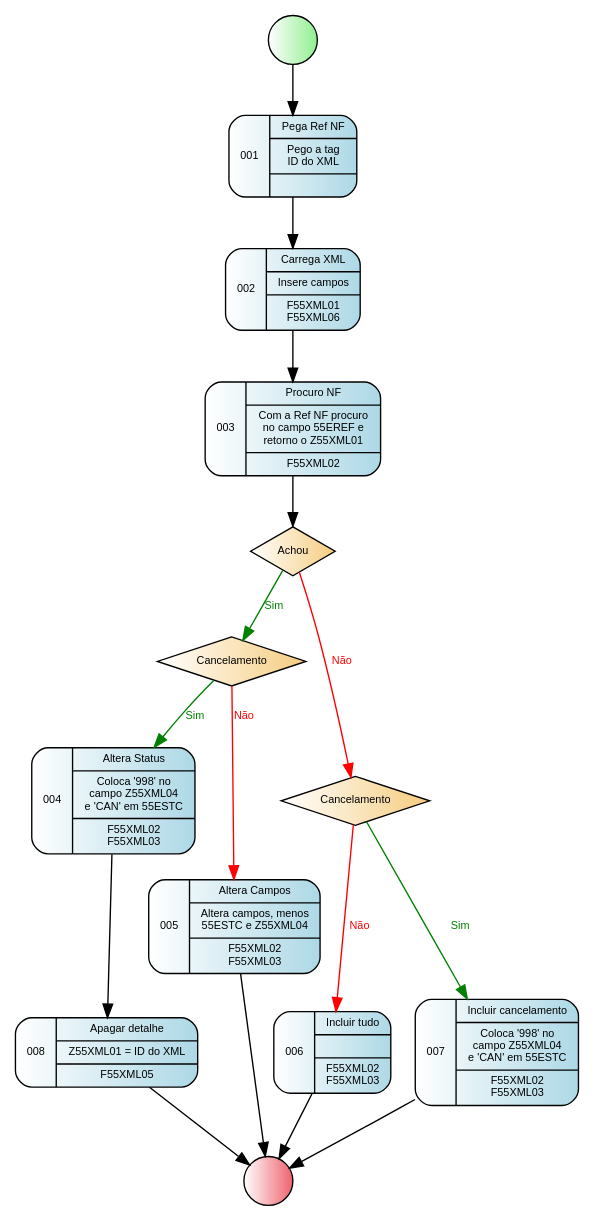
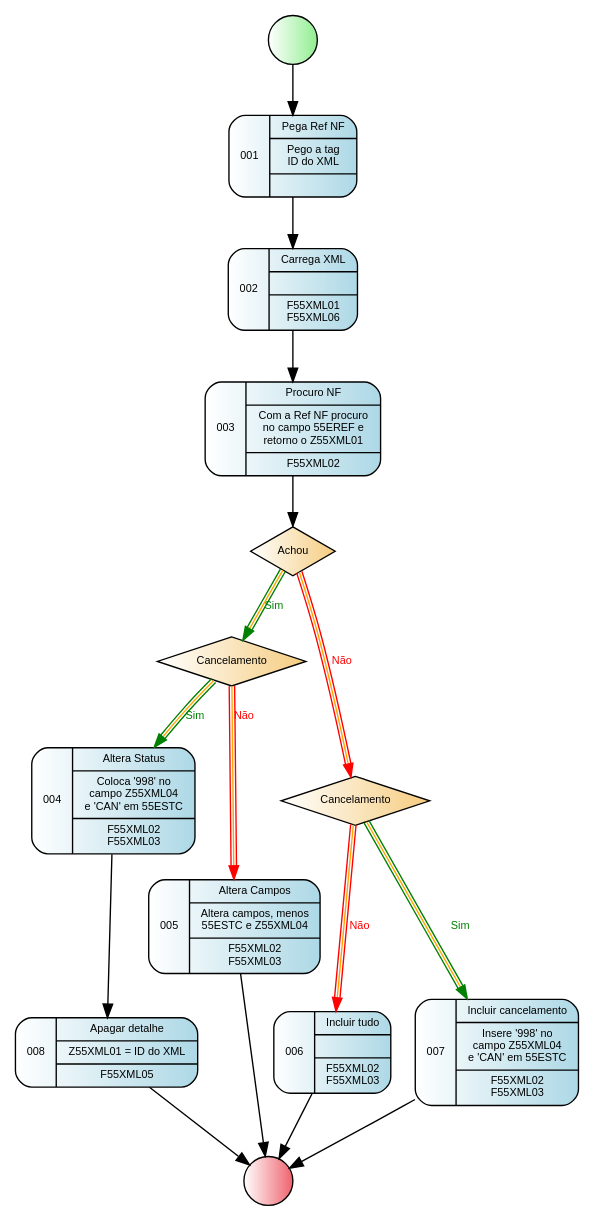
The diagram in XML Process.gv (GiovaniPM/Graphs), drawn with Graphviz before and after one commit.

Commit message:
giova(DESKTOP-PG18CKU) 200229090052

```diff
--- a/XML Process.gv
+++ b/XML Process.gv
@@ -1,117 +1,117 @@
 digraph R {
     nodeini [
                 shape=circle,
                 style="filled",
                 fillcolor="white:lightgreen",
                 label=""
             ]
     node001 [
                 fontname = "Arial",
                 fontsize = 8,
                 shape=record,
                 style="rounded,filled",
                 fillcolor="white:lightblue"
                 label="001|{Pega Ref NF|Pego a tag\n ID do XML|}"
             ]
     node002 [
                 fontname = "Arial",
                 fontsize = 8,
                 shape=record,
                 style="rounded,filled",
                 fillcolor="white:lightblue"
-                label="002|{Carrega XML|Insere campos|F55XML01\nF55XML06}"
+                label="002|{Carrega XML||F55XML01\nF55XML06}"
             ]
     node003 [
                 fontname = "Arial",
                 fontsize = 8,
                 shape=record,
                 style="rounded,filled",
                 fillcolor="white:lightblue"
                 label="003|{Procuro NF|Com a Ref NF procuro\nno campo 55EREF e\nretorno o Z55XML01|F55XML02}"
             ]
     node004 [
                 fontname = "Arial",
                 fontsize = 8,
                 shape=record,
                 style="rounded,filled",
                 fillcolor="white:lightblue"
                 label="004|{Altera Status|Coloca '998' no\ncampo Z55XML04\ne 'CAN' em 55ESTC|F55XML02\nF55XML03}"
             ]
     node005 [
                 fontname = "Arial",
                 fontsize = 8,
                 shape=record,
                 style="rounded,filled",
                 fillcolor="white:lightblue"
                 label="005|{Altera Campos|Altera campos, menos\n55ESTC e Z55XML04|F55XML02\nF55XML03}"
             ]
     node006 [
                 fontname = "Arial",
                 fontsize = 8,
                 shape=record,
                 style="rounded,filled",
                 fillcolor="white:lightblue"
                 label="006|{Incluir tudo||F55XML02\nF55XML03}"
             ]
     node007 [
                 fontname = "Arial",
                 fontsize = 8,
                 shape=record,
                 style="rounded,filled",
                 fillcolor="white:lightblue"
-                label="007|{Incluir cancelamento|Coloca '998' no\ncampo Z55XML04\ne 'CAN' em 55ESTC|F55XML02\nF55XML03}"
+                label="007|{Incluir cancelamento|Insere '998' no\ncampo Z55XML04\ne 'CAN' em 55ESTC|F55XML02\nF55XML03}"
             ]
     node008 [
                 fontname = "Arial",
                 fontsize = 8,
                 shape=record,
                 style="rounded,filled",
                 fillcolor="white:lightblue"
                 label="008|{Apagar detalhe|Z55XML01 = ID do XML|F55XML05}"
             ]
     node010 [
                 fontname = "Arial",
                 fontsize = 8,
                 fillcolor="white:#f5cc7f",
                 style="filled",
                 shape=diamond
                 label="Achou"
             ]
     node011 [
                 fontname = "Arial",
                 fontsize = 8,
                 fillcolor="white:#f5cc7f",
                 style="filled",
                 shape=diamond
                 label="Cancelamento"
             ]
     node012 [
                 fontname = "Arial",
                 fontsize = 8,
                 fillcolor="white:#f5cc7f",
                 style="filled",
                 shape=diamond
                 label="Cancelamento"
             ]
     nodefin [
                 shape=circle,
                 style="filled",
                 fillcolor="white:#ee636e",
                 label=""
             ]
     nodeini -> node001
     node001 -> node002
     node002 -> node003
     node003 -> node010
-    node010 -> node011 [fontname = "Arial", fontsize = 8, fontcolor="green", color="green", label="Sim"]
-    node010 -> node012 [fontname = "Arial", fontsize = 8, fontcolor="red", color="red", label="Não"]
-    node011 -> node004 [fontname = "Arial", fontsize = 8, fontcolor="green", color="green", label="Sim"]
-    node011 -> node005 [fontname = "Arial", fontsize = 8, fontcolor="red", color="red", label="Não"]
+    node010 -> node011 [fontname = "Arial", fontsize = 8, fontcolor="green", color="green:orange:green", label="Sim"]
+    node010 -> node012 [fontname = "Arial", fontsize = 8, fontcolor="red", color="red:orange:red", label="Não"]
+    node011 -> node004 [fontname = "Arial", fontsize = 8, fontcolor="green", color="green:orange:green", label="Sim"]
+    node011 -> node005 [fontname = "Arial", fontsize = 8, fontcolor="red", color="red:orange:red", label="Não"]
     node004 -> node008
-    node012 -> node007 [fontname = "Arial", fontsize = 8, fontcolor="green", color="green", label="Sim"]
-    node012 -> node006 [fontname = "Arial", fontsize = 8, fontcolor="red", color="red", label="Não"]
+    node012 -> node007 [fontname = "Arial", fontsize = 8, fontcolor="green", color="green:orange:green", label="Sim"]
+    node012 -> node006 [fontname = "Arial", fontsize = 8, fontcolor="red", color="red:orange:red", label="Não"]
     node008 -> nodefin
     node006 -> nodefin
     node005 -> nodefin
     node007 -> nodefin
 }
```
